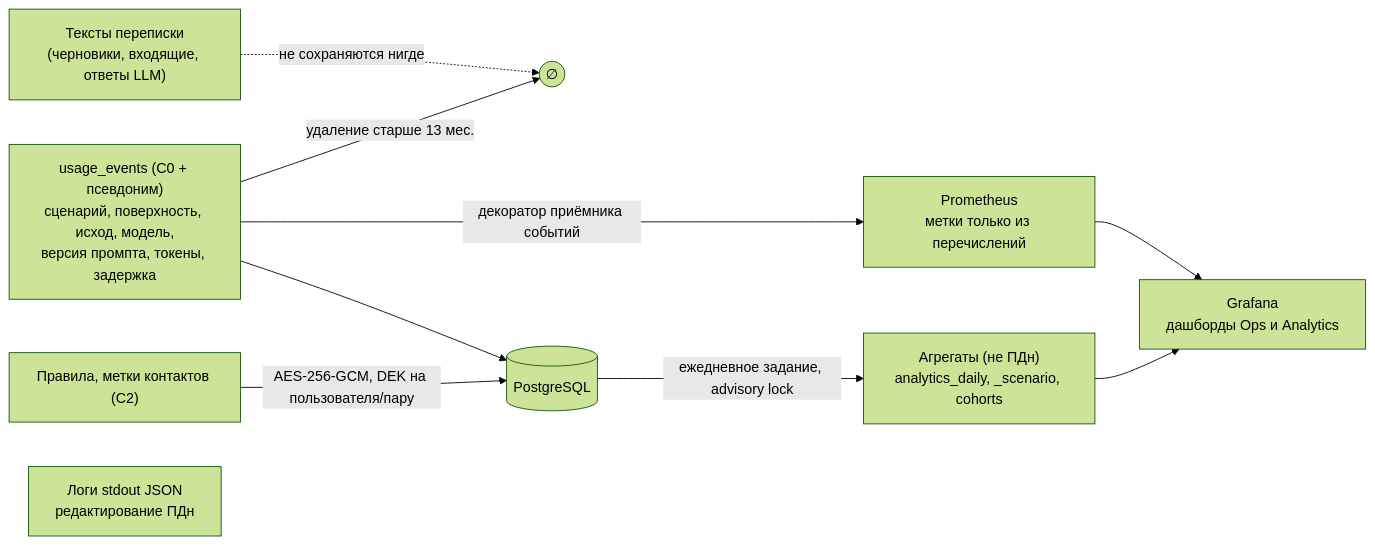
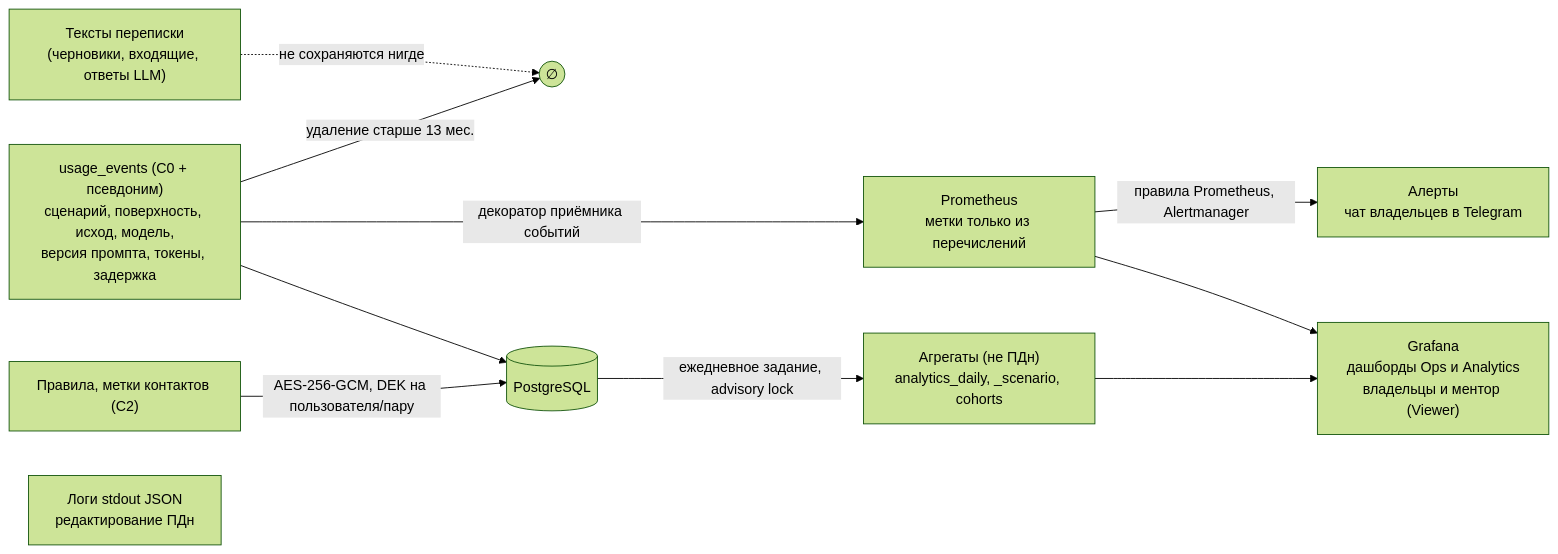
The fifth of 6 diagrams in docs/maintainers/02-architecture.md (doting-life/svoi-pravila), drawn with Mermaid (forest theme) before and after one commit. The commit also changed other lines of this file and 6 other files, not shown here.

First line of the commit message:
docs(cto): ADR-0017 — Grafana on a Mini App subdomain, alerts to Telegram; task 0049 (#95)

````diff
--- a/docs/maintainers/02-architecture.md
+++ b/docs/maintainers/02-architecture.md
@@ -289,19 +301,21 @@
 ```mermaid
 flowchart LR
     T["Тексты переписки<br/>(черновики, входящие, ответы LLM)"]
     R["Правила, метки контактов (C2)"]
     E["usage_events (C0 + псевдоним)<br/>сценарий, поверхность, исход, модель,<br/>версия промпта, токены, задержка"]
     A["Агрегаты (не ПДн)<br/>analytics_daily, _scenario, cohorts"]
     M["Prometheus<br/>метки только из перечислений"]
     L["Логи stdout JSON<br/>редактирование ПДн"]
-    G["Grafana<br/>дашборды Ops и Analytics"]
+    G["Grafana<br/>дашборды Ops и Analytics<br/>владельцы и ментор (Viewer)"]
+    AL["Алерты<br/>чат владельцев в Telegram"]
 
     T -. "не сохраняются нигде" .-> X(("∅"))
     R -- "AES-256-GCM, DEK на пользователя/пару" --> PG[(PostgreSQL)]
     E --> PG
     PG -- "ежедневное задание, advisory lock" --> A
     E -- "декоратор приёмника событий" --> M
     A --> G
     M --> G
+    M -- "правила Prometheus, Alertmanager" --> AL
     E -- "удаление старше 13 мес." --> X
 ```
````
